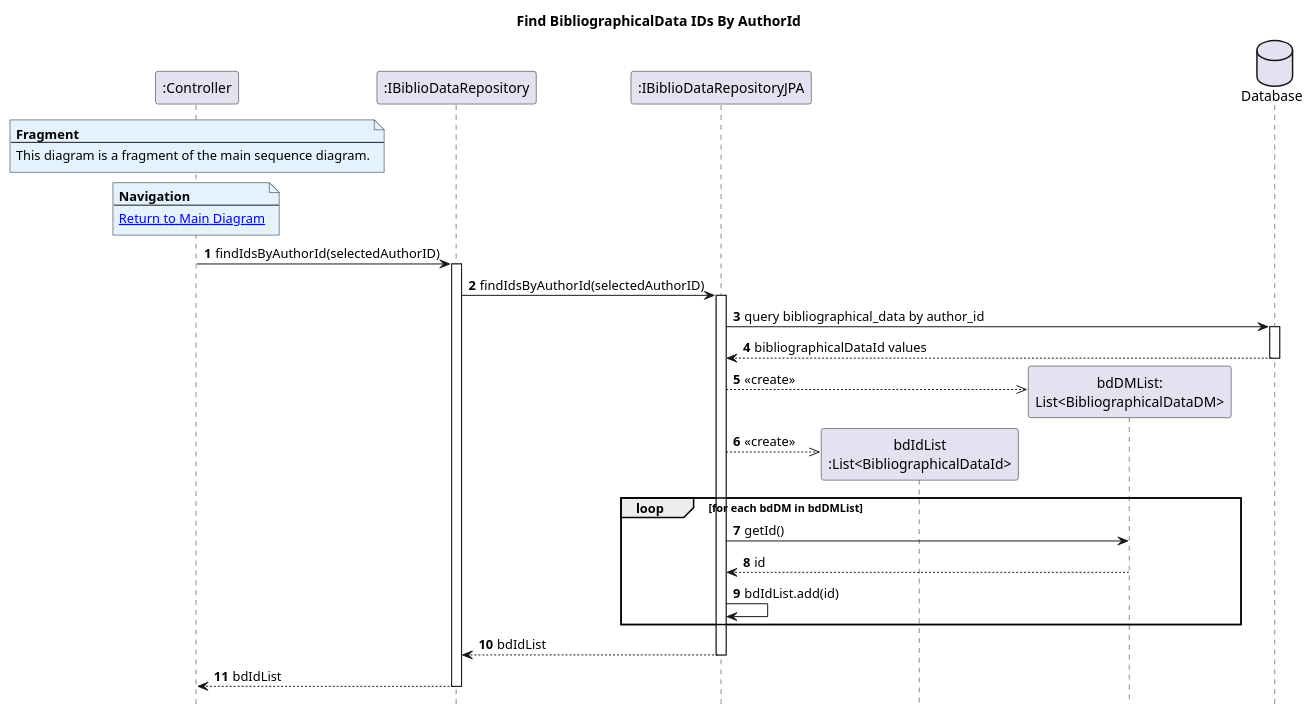
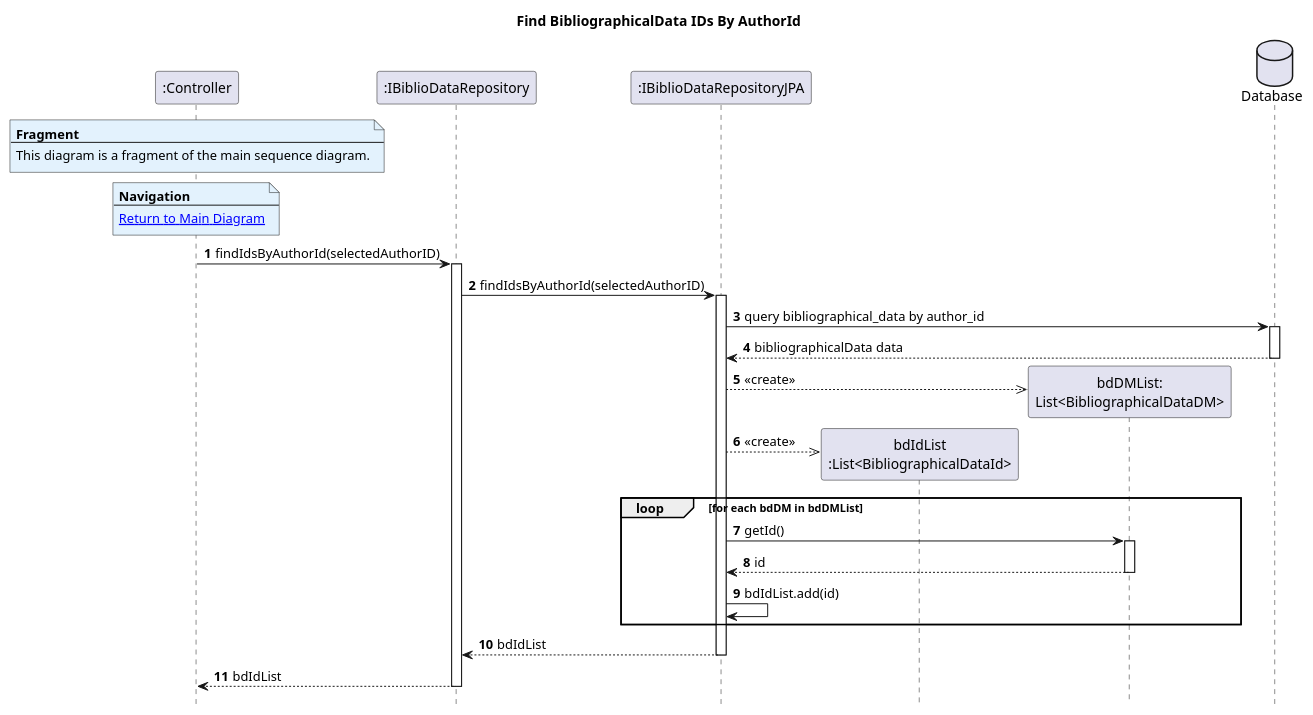
Before and after one commit to AndrePereiraGitH/SWitCH-Project-Team_A: the diagram in Diagrams/SequenceDiagrams/N2/To-get-list-of-items-in-auction-of-a-given-author/3.FindBiblioDataIdsByAuthorId.puml, drawn with PlantUML. The commit also changed 4 other files, not shown here.

```diff
--- a/Diagrams/SequenceDiagrams/N2/To-get-list-of-items-in-auction-of-a-given-author/3.FindBiblioDataIdsByAuthorId.puml
+++ b/Diagrams/SequenceDiagrams/N2/To-get-list-of-items-in-auction-of-a-given-author/3.FindBiblioDataIdsByAuthorId.puml
@@ -1,54 +1,55 @@
 @startuml
 hide footbox
 autonumber
 title Find BibliographicalData IDs By AuthorId
 
 participant ":Controller" as Ctrl
 participant ":IBiblioDataRepository" as bdRepo
 participant ":IBiblioDataRepositoryJPA" as bdRepoJPA
 participant "bdIdList\n:List<BibliographicalDataId>" as bdIdList
 participant "bdDMList:\nList<BibliographicalDataDM>" as bdDMList
 
 database "Database" as db
 
 note over Ctrl #E3F2FD
 <b>Fragment</b>
 ---
 This diagram is a fragment of the main sequence diagram.
 end note
 
 note over Ctrl #E3F2FD
 <b>Navigation</b>
 ---
 [[1.MainDiagram.puml Return to Main Diagram]]
 end note
 
 Ctrl -> bdRepo : findIdsByAuthorId(selectedAuthorID)
 activate bdRepo
 
 bdRepo -> bdRepoJPA : findIdsByAuthorId(selectedAuthorID)
 activate bdRepoJPA
 
 bdRepoJPA -> db : query bibliographical_data by author_id
 activate db
-db --> bdRepoJPA : bibliographicalDataId values
+db --> bdRepoJPA : bibliographicalData data
 deactivate db
 
 bdRepoJPA -->> bdDMList** : <<create>>
 
 bdRepoJPA -->> bdIdList ** : <<create>>
 
 loop for each bdDM in bdDMList
 bdRepoJPA -> bdDMList : getId()
+activate bdDMList
 bdDMList --> bdRepoJPA : id
-
+deactivate bdDMList
 bdRepoJPA -> bdRepoJPA : bdIdList.add(id)
 end
 
 bdRepoJPA --> bdRepo : bdIdList
 deactivate bdRepoJPA
 
 bdRepo --> Ctrl : bdIdList
 deactivate bdRepo
 
 @enduml
```
